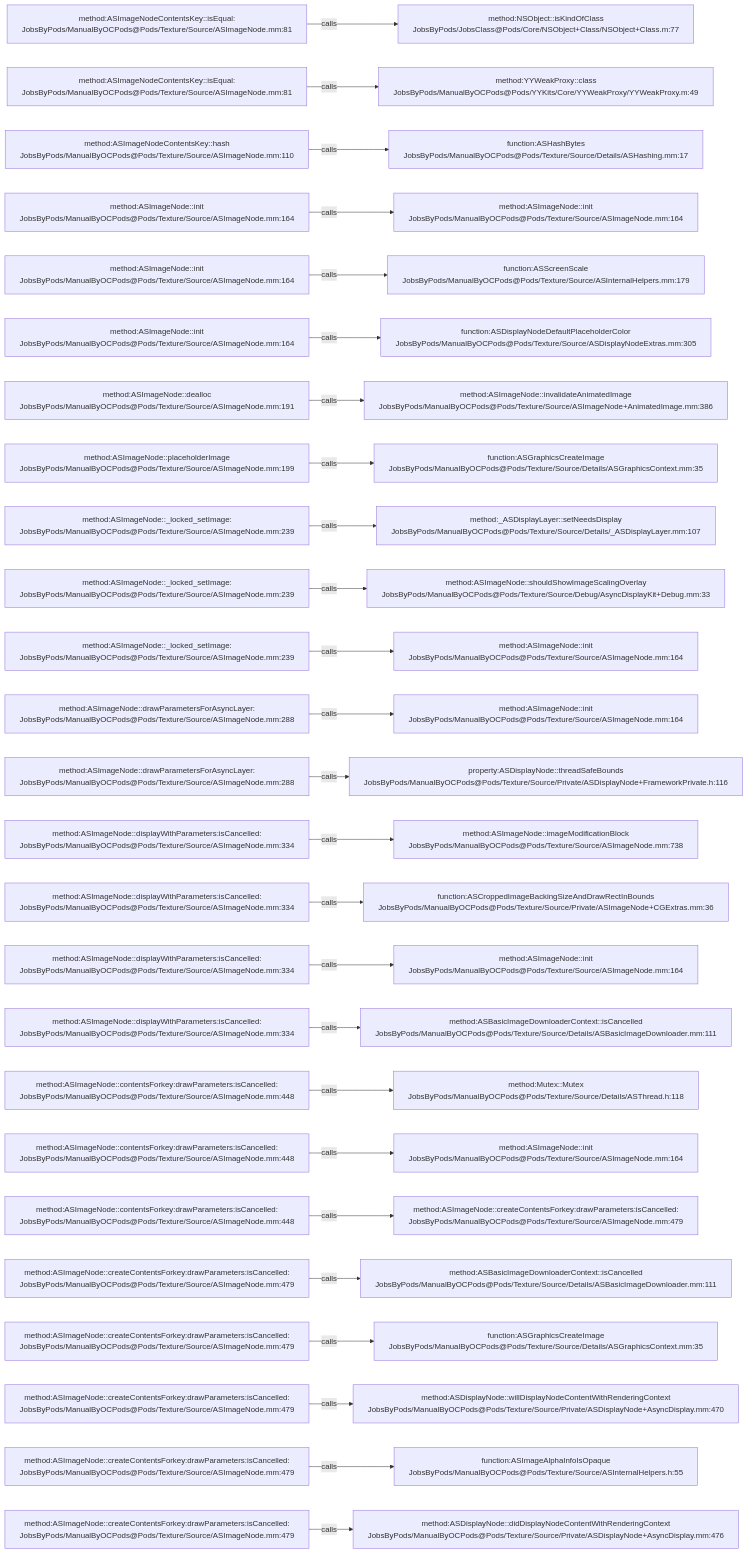
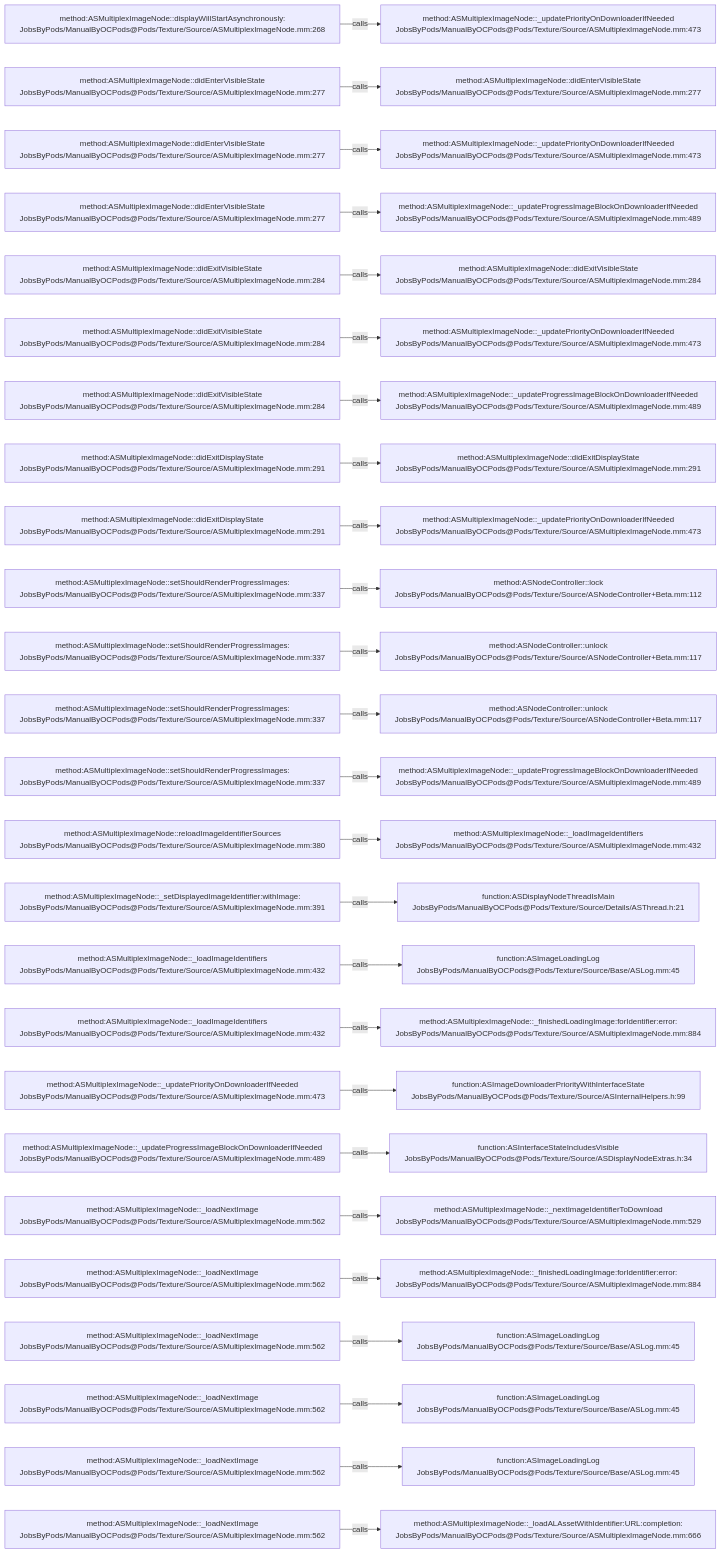
The diagram in .codegraph/codegraph.md/graphs/calls-107.md (JobsKits/JobsOCBaseConfigDemo), drawn with Mermaid before and after one commit. The commit also changed 1448 other files, not shown here.

````diff
--- a/.codegraph/codegraph.md/graphs/calls-107.md
+++ b/.codegraph/codegraph.md/graphs/calls-107.md
@@ -13,78 +13,78 @@
 ```mermaid
 flowchart LR
-  S1["method:ASImageNodeContentsKey::isEqual:<br/>JobsByPods/ManualByOCPods@Pods/Texture/Source/ASImageNode.mm:81"]
-  T1["method:NSObject::isKindOfClass<br/>JobsByPods/JobsClass@Pods/Core/NSObject+Class/NSObject+Class.m:77"]
+  S1["method:ASMultiplexImageNode::displayWillStartAsynchronously:<br/>JobsByPods/ManualByOCPods@Pods/Texture/Source/ASMultiplexImageNode.mm:268"]
+  T1["method:ASMultiplexImageNode::_updatePriorityOnDownloaderIfNeeded<br/>JobsByPods/ManualByOCPods@Pods/Texture/Source/ASMultiplexImageNode.mm:473"]
   S1 -->|calls| T1
-  S2["method:ASImageNodeContentsKey::isEqual:<br/>JobsByPods/ManualByOCPods@Pods/Texture/Source/ASImageNode.mm:81"]
-  T2["method:YYWeakProxy::class<br/>JobsByPods/ManualByOCPods@Pods/YYKits/Core/YYWeakProxy/YYWeakProxy.m:49"]
+  S2["method:ASMultiplexImageNode::didEnterVisibleState<br/>JobsByPods/ManualByOCPods@Pods/Texture/Source/ASMultiplexImageNode.mm:277"]
+  T2["method:ASMultiplexImageNode::didEnterVisibleState<br/>JobsByPods/ManualByOCPods@Pods/Texture/Source/ASMultiplexImageNode.mm:277"]
   S2 -->|calls| T2
-  S3["method:ASImageNodeContentsKey::hash<br/>JobsByPods/ManualByOCPods@Pods/Texture/Source/ASImageNode.mm:110"]
-  T3["function:ASHashBytes<br/>JobsByPods/ManualByOCPods@Pods/Texture/Source/Details/ASHashing.mm:17"]
+  S3["method:ASMultiplexImageNode::didEnterVisibleState<br/>JobsByPods/ManualByOCPods@Pods/Texture/Source/ASMultiplexImageNode.mm:277"]
+  T3["method:ASMultiplexImageNode::_updatePriorityOnDownloaderIfNeeded<br/>JobsByPods/ManualByOCPods@Pods/Texture/Source/ASMultiplexImageNode.mm:473"]
   S3 -->|calls| T3
-  S4["method:ASImageNode::init<br/>JobsByPods/ManualByOCPods@Pods/Texture/Source/ASImageNode.mm:164"]
-  T4["method:ASImageNode::init<br/>JobsByPods/ManualByOCPods@Pods/Texture/Source/ASImageNode.mm:164"]
+  S4["method:ASMultiplexImageNode::didEnterVisibleState<br/>JobsByPods/ManualByOCPods@Pods/Texture/Source/ASMultiplexImageNode.mm:277"]
+  T4["method:ASMultiplexImageNode::_updateProgressImageBlockOnDownloaderIfNeeded<br/>JobsByPods/ManualByOCPods@Pods/Texture/Source/ASMultiplexImageNode.mm:489"]
   S4 -->|calls| T4
-  S5["method:ASImageNode::init<br/>JobsByPods/ManualByOCPods@Pods/Texture/Source/ASImageNode.mm:164"]
-  T5["function:ASScreenScale<br/>JobsByPods/ManualByOCPods@Pods/Texture/Source/ASInternalHelpers.mm:179"]
+  S5["method:ASMultiplexImageNode::didExitVisibleState<br/>JobsByPods/ManualByOCPods@Pods/Texture/Source/ASMultiplexImageNode.mm:284"]
+  T5["method:ASMultiplexImageNode::didExitVisibleState<br/>JobsByPods/ManualByOCPods@Pods/Texture/Source/ASMultiplexImageNode.mm:284"]
   S5 -->|calls| T5
-  S6["method:ASImageNode::init<br/>JobsByPods/ManualByOCPods@Pods/Texture/Source/ASImageNode.mm:164"]
-  T6["function:ASDisplayNodeDefaultPlaceholderColor<br/>JobsByPods/ManualByOCPods@Pods/Texture/Source/ASDisplayNodeExtras.mm:305"]
+  S6["method:ASMultiplexImageNode::didExitVisibleState<br/>JobsByPods/ManualByOCPods@Pods/Texture/Source/ASMultiplexImageNode.mm:284"]
+  T6["method:ASMultiplexImageNode::_updatePriorityOnDownloaderIfNeeded<br/>JobsByPods/ManualByOCPods@Pods/Texture/Source/ASMultiplexImageNode.mm:473"]
   S6 -->|calls| T6
-  S7["method:ASImageNode::dealloc<br/>JobsByPods/ManualByOCPods@Pods/Texture/Source/ASImageNode.mm:191"]
-  T7["method:ASImageNode::invalidateAnimatedImage<br/>JobsByPods/ManualByOCPods@Pods/Texture/Source/ASImageNode+AnimatedImage.mm:386"]
+  S7["method:ASMultiplexImageNode::didExitVisibleState<br/>JobsByPods/ManualByOCPods@Pods/Texture/Source/ASMultiplexImageNode.mm:284"]
+  T7["method:ASMultiplexImageNode::_updateProgressImageBlockOnDownloaderIfNeeded<br/>JobsByPods/ManualByOCPods@Pods/Texture/Source/ASMultiplexImageNode.mm:489"]
   S7 -->|calls| T7
-  S8["method:ASImageNode::placeholderImage<br/>JobsByPods/ManualByOCPods@Pods/Texture/Source/ASImageNode.mm:199"]
-  T8["function:ASGraphicsCreateImage<br/>JobsByPods/ManualByOCPods@Pods/Texture/Source/Details/ASGraphicsContext.mm:35"]
+  S8["method:ASMultiplexImageNode::didExitDisplayState<br/>JobsByPods/ManualByOCPods@Pods/Texture/Source/ASMultiplexImageNode.mm:291"]
+  T8["method:ASMultiplexImageNode::didExitDisplayState<br/>JobsByPods/ManualByOCPods@Pods/Texture/Source/ASMultiplexImageNode.mm:291"]
   S8 -->|calls| T8
-  S9["method:ASImageNode::_locked_setImage:<br/>JobsByPods/ManualByOCPods@Pods/Texture/Source/ASImageNode.mm:239"]
-  T9["method:_ASDisplayLayer::setNeedsDisplay<br/>JobsByPods/ManualByOCPods@Pods/Texture/Source/Details/_ASDisplayLayer.mm:107"]
+  S9["method:ASMultiplexImageNode::didExitDisplayState<br/>JobsByPods/ManualByOCPods@Pods/Texture/Source/ASMultiplexImageNode.mm:291"]
+  T9["method:ASMultiplexImageNode::_updatePriorityOnDownloaderIfNeeded<br/>JobsByPods/ManualByOCPods@Pods/Texture/Source/ASMultiplexImageNode.mm:473"]
   S9 -->|calls| T9
-  S10["method:ASImageNode::_locked_setImage:<br/>JobsByPods/ManualByOCPods@Pods/Texture/Source/ASImageNode.mm:239"]
-  T10["method:ASImageNode::shouldShowImageScalingOverlay<br/>JobsByPods/ManualByOCPods@Pods/Texture/Source/Debug/AsyncDisplayKit+Debug.mm:33"]
+  S10["method:ASMultiplexImageNode::setShouldRenderProgressImages:<br/>JobsByPods/ManualByOCPods@Pods/Texture/Source/ASMultiplexImageNode.mm:337"]
+  T10["method:ASNodeController::lock<br/>JobsByPods/ManualByOCPods@Pods/Texture/Source/ASNodeController+Beta.mm:112"]
   S10 -->|calls| T10
-  S11["method:ASImageNode::_locked_setImage:<br/>JobsByPods/ManualByOCPods@Pods/Texture/Source/ASImageNode.mm:239"]
-  T11["method:ASImageNode::init<br/>JobsByPods/ManualByOCPods@Pods/Texture/Source/ASImageNode.mm:164"]
+  S11["method:ASMultiplexImageNode::setShouldRenderProgressImages:<br/>JobsByPods/ManualByOCPods@Pods/Texture/Source/ASMultiplexImageNode.mm:337"]
+  T11["method:ASNodeController::unlock<br/>JobsByPods/ManualByOCPods@Pods/Texture/Source/ASNodeController+Beta.mm:117"]
   S11 -->|calls| T11
-  S12["method:ASImageNode::drawParametersForAsyncLayer:<br/>JobsByPods/ManualByOCPods@Pods/Texture/Source/ASImageNode.mm:288"]
-  T12["method:ASImageNode::init<br/>JobsByPods/ManualByOCPods@Pods/Texture/Source/ASImageNode.mm:164"]
+  S12["method:ASMultiplexImageNode::setShouldRenderProgressImages:<br/>JobsByPods/ManualByOCPods@Pods/Texture/Source/ASMultiplexImageNode.mm:337"]
+  T12["method:ASNodeController::unlock<br/>JobsByPods/ManualByOCPods@Pods/Texture/Source/ASNodeController+Beta.mm:117"]
   S12 -->|calls| T12
-  S13["method:ASImageNode::drawParametersForAsyncLayer:<br/>JobsByPods/ManualByOCPods@Pods/Texture/Source/ASImageNode.mm:288"]
-  T13["property:ASDisplayNode::threadSafeBounds<br/>JobsByPods/ManualByOCPods@Pods/Texture/Source/Private/ASDisplayNode+FrameworkPrivate.h:116"]
+  S13["method:ASMultiplexImageNode::setShouldRenderProgressImages:<br/>JobsByPods/ManualByOCPods@Pods/Texture/Source/ASMultiplexImageNode.mm:337"]
+  T13["method:ASMultiplexImageNode::_updateProgressImageBlockOnDownloaderIfNeeded<br/>JobsByPods/ManualByOCPods@Pods/Texture/Source/ASMultiplexImageNode.mm:489"]
   S13 -->|calls| T13
-  S14["method:ASImageNode::displayWithParameters:isCancelled:<br/>JobsByPods/ManualByOCPods@Pods/Texture/Source/ASImageNode.mm:334"]
-  T14["method:ASImageNode::imageModificationBlock<br/>JobsByPods/ManualByOCPods@Pods/Texture/Source/ASImageNode.mm:738"]
+  S14["method:ASMultiplexImageNode::reloadImageIdentifierSources<br/>JobsByPods/ManualByOCPods@Pods/Texture/Source/ASMultiplexImageNode.mm:380"]
+  T14["method:ASMultiplexImageNode::_loadImageIdentifiers<br/>JobsByPods/ManualByOCPods@Pods/Texture/Source/ASMultiplexImageNode.mm:432"]
   S14 -->|calls| T14
-  S15["method:ASImageNode::displayWithParameters:isCancelled:<br/>JobsByPods/ManualByOCPods@Pods/Texture/Source/ASImageNode.mm:334"]
-  T15["function:ASCroppedImageBackingSizeAndDrawRectInBounds<br/>JobsByPods/ManualByOCPods@Pods/Texture/Source/Private/ASImageNode+CGExtras.mm:36"]
+  S15["method:ASMultiplexImageNode::_setDisplayedImageIdentifier:withImage:<br/>JobsByPods/ManualByOCPods@Pods/Texture/Source/ASMultiplexImageNode.mm:391"]
+  T15["function:ASDisplayNodeThreadIsMain<br/>JobsByPods/ManualByOCPods@Pods/Texture/Source/Details/ASThread.h:21"]
   S15 -->|calls| T15
-  S16["method:ASImageNode::displayWithParameters:isCancelled:<br/>JobsByPods/ManualByOCPods@Pods/Texture/Source/ASImageNode.mm:334"]
-  T16["method:ASImageNode::init<br/>JobsByPods/ManualByOCPods@Pods/Texture/Source/ASImageNode.mm:164"]
+  S16["method:ASMultiplexImageNode::_loadImageIdentifiers<br/>JobsByPods/ManualByOCPods@Pods/Texture/Source/ASMultiplexImageNode.mm:432"]
+  T16["function:ASImageLoadingLog<br/>JobsByPods/ManualByOCPods@Pods/Texture/Source/Base/ASLog.mm:45"]
   S16 -->|calls| T16
-  S17["method:ASImageNode::displayWithParameters:isCancelled:<br/>JobsByPods/ManualByOCPods@Pods/Texture/Source/ASImageNode.mm:334"]
-  T17["method:ASBasicImageDownloaderContext::isCancelled<br/>JobsByPods/ManualByOCPods@Pods/Texture/Source/Details/ASBasicImageDownloader.mm:111"]
+  S17["method:ASMultiplexImageNode::_loadImageIdentifiers<br/>JobsByPods/ManualByOCPods@Pods/Texture/Source/ASMultiplexImageNode.mm:432"]
+  T17["method:ASMultiplexImageNode::_finishedLoadingImage:forIdentifier:error:<br/>JobsByPods/ManualByOCPods@Pods/Texture/Source/ASMultiplexImageNode.mm:884"]
   S17 -->|calls| T17
-  S18["method:ASImageNode::contentsForkey:drawParameters:isCancelled:<br/>JobsByPods/ManualByOCPods@Pods/Texture/Source/ASImageNode.mm:448"]
-  T18["method:Mutex::Mutex<br/>JobsByPods/ManualByOCPods@Pods/Texture/Source/Details/ASThread.h:118"]
+  S18["method:ASMultiplexImageNode::_updatePriorityOnDownloaderIfNeeded<br/>JobsByPods/ManualByOCPods@Pods/Texture/Source/ASMultiplexImageNode.mm:473"]
+  T18["function:ASImageDownloaderPriorityWithInterfaceState<br/>JobsByPods/ManualByOCPods@Pods/Texture/Source/ASInternalHelpers.h:99"]
   S18 -->|calls| T18
-  S19["method:ASImageNode::contentsForkey:drawParameters:isCancelled:<br/>JobsByPods/ManualByOCPods@Pods/Texture/Source/ASImageNode.mm:448"]
-  T19["method:ASImageNode::init<br/>JobsByPods/ManualByOCPods@Pods/Texture/Source/ASImageNode.mm:164"]
+  S19["method:ASMultiplexImageNode::_updateProgressImageBlockOnDownloaderIfNeeded<br/>JobsByPods/ManualByOCPods@Pods/Texture/Source/ASMultiplexImageNode.mm:489"]
+  T19["function:ASInterfaceStateIncludesVisible<br/>JobsByPods/ManualByOCPods@Pods/Texture/Source/ASDisplayNodeExtras.h:34"]
   S19 -->|calls| T19
-  S20["method:ASImageNode::contentsForkey:drawParameters:isCancelled:<br/>JobsByPods/ManualByOCPods@Pods/Texture/Source/ASImageNode.mm:448"]
-  T20["method:ASImageNode::createContentsForkey:drawParameters:isCancelled:<br/>JobsByPods/ManualByOCPods@Pods/Texture/Source/ASImageNode.mm:479"]
+  S20["method:ASMultiplexImageNode::_loadNextImage<br/>JobsByPods/ManualByOCPods@Pods/Texture/Source/ASMultiplexImageNode.mm:562"]
+  T20["method:ASMultiplexImageNode::_nextImageIdentifierToDownload<br/>JobsByPods/ManualByOCPods@Pods/Texture/Source/ASMultiplexImageNode.mm:529"]
   S20 -->|calls| T20
-  S21["method:ASImageNode::createContentsForkey:drawParameters:isCancelled:<br/>JobsByPods/ManualByOCPods@Pods/Texture/Source/ASImageNode.mm:479"]
-  T21["method:ASBasicImageDownloaderContext::isCancelled<br/>JobsByPods/ManualByOCPods@Pods/Texture/Source/Details/ASBasicImageDownloader.mm:111"]
+  S21["method:ASMultiplexImageNode::_loadNextImage<br/>JobsByPods/ManualByOCPods@Pods/Texture/Source/ASMultiplexImageNode.mm:562"]
+  T21["method:ASMultiplexImageNode::_finishedLoadingImage:forIdentifier:error:<br/>JobsByPods/ManualByOCPods@Pods/Texture/Source/ASMultiplexImageNode.mm:884"]
   S21 -->|calls| T21
-  S22["method:ASImageNode::createContentsForkey:drawParameters:isCancelled:<br/>JobsByPods/ManualByOCPods@Pods/Texture/Source/ASImageNode.mm:479"]
-  T22["function:ASGraphicsCreateImage<br/>JobsByPods/ManualByOCPods@Pods/Texture/Source/Details/ASGraphicsContext.mm:35"]
+  S22["method:ASMultiplexImageNode::_loadNextImage<br/>JobsByPods/ManualByOCPods@Pods/Texture/Source/ASMultiplexImageNode.mm:562"]
+  T22["function:ASImageLoadingLog<br/>JobsByPods/ManualByOCPods@Pods/Texture/Source/Base/ASLog.mm:45"]
   S22 -->|calls| T22
-  S23["method:ASImageNode::createContentsForkey:drawParameters:isCancelled:<br/>JobsByPods/ManualByOCPods@Pods/Texture/Source/ASImageNode.mm:479"]
-  T23["method:ASDisplayNode::willDisplayNodeContentWithRenderingContext<br/>JobsByPods/ManualByOCPods@Pods/Texture/Source/Private/ASDisplayNode+AsyncDisplay.mm:470"]
+  S23["method:ASMultiplexImageNode::_loadNextImage<br/>JobsByPods/ManualByOCPods@Pods/Texture/Source/ASMultiplexImageNode.mm:562"]
+  T23["function:ASImageLoadingLog<br/>JobsByPods/ManualByOCPods@Pods/Texture/Source/Base/ASLog.mm:45"]
   S23 -->|calls| T23
-  S24["method:ASImageNode::createContentsForkey:drawParameters:isCancelled:<br/>JobsByPods/ManualByOCPods@Pods/Texture/Source/ASImageNode.mm:479"]
-  T24["function:ASImageAlphaInfoIsOpaque<br/>JobsByPods/ManualByOCPods@Pods/Texture/Source/ASInternalHelpers.h:55"]
+  S24["method:ASMultiplexImageNode::_loadNextImage<br/>JobsByPods/ManualByOCPods@Pods/Texture/Source/ASMultiplexImageNode.mm:562"]
+  T24["function:ASImageLoadingLog<br/>JobsByPods/ManualByOCPods@Pods/Texture/Source/Base/ASLog.mm:45"]
   S24 -->|calls| T24
-  S25["method:ASImageNode::createContentsForkey:drawParameters:isCancelled:<br/>JobsByPods/ManualByOCPods@Pods/Texture/Source/ASImageNode.mm:479"]
-  T25["method:ASDisplayNode::didDisplayNodeContentWithRenderingContext<br/>JobsByPods/ManualByOCPods@Pods/Texture/Source/Private/ASDisplayNode+AsyncDisplay.mm:476"]
+  S25["method:ASMultiplexImageNode::_loadNextImage<br/>JobsByPods/ManualByOCPods@Pods/Texture/Source/ASMultiplexImageNode.mm:562"]
+  T25["method:ASMultiplexImageNode::_loadALAssetWithIdentifier:URL:completion:<br/>JobsByPods/ManualByOCPods@Pods/Texture/Source/ASMultiplexImageNode.mm:666"]
   S25 -->|calls| T25
 ```
````
